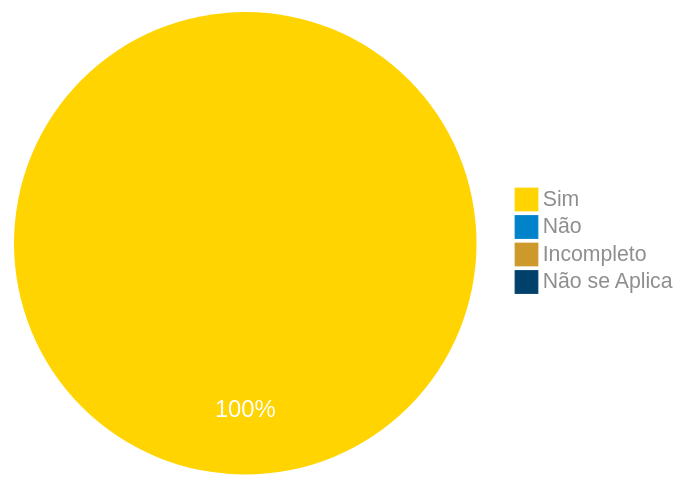
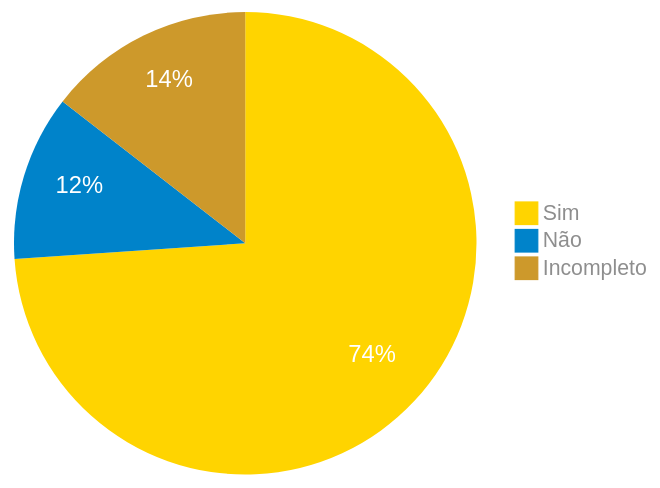
The seventh of 7 diagrams in docs/verificacao_01/grupo/analise_requisitos1/analise_tarefas/analise-hta.md (claudiohsc/2024.1-Correios), drawn with Mermaid before and after one commit. The commit also changed other lines of this file, not shown here.

````diff
--- a/docs/verificacao_01/grupo/analise_requisitos1/analise_tarefas/analise-hta.md
+++ b/docs/verificacao_01/grupo/analise_requisitos1/analise_tarefas/analise-hta.md
@@ -605,24 +607,23 @@
 ``` mermaid
 %%{
   init: {
     'theme': 'base',
     'themeVariables': {
         'primaryColor': '#FFD400',
         'secondaryColor': '#0083CA',
         'tertiaryColor': '#CD992B',
         'pie4': '#00416B',
         'primaryTextColor': '#8e8e8e',
         'pieStrokeWidth': '0px',
         'pieOuterStrokeWidth': '0px',
         'pieOpacity': '1',
         'pieSectionTextColor': '#fff',
         'pieSectionTextSize': '19px'
     }
   }
 }%%
 pie
-    "Sim" : 10
-    "Não" : 0
-    "Incompleto" : 0
-    "Não se Aplica" : 0
+    "Sim" : 51
+    "Não" : 8
+    "Incompleto" : 10
 ```
````
